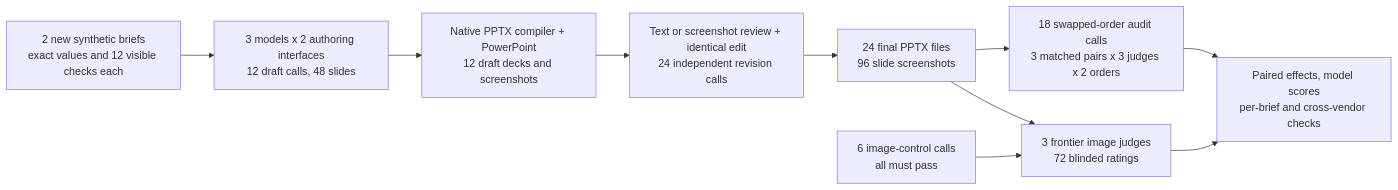
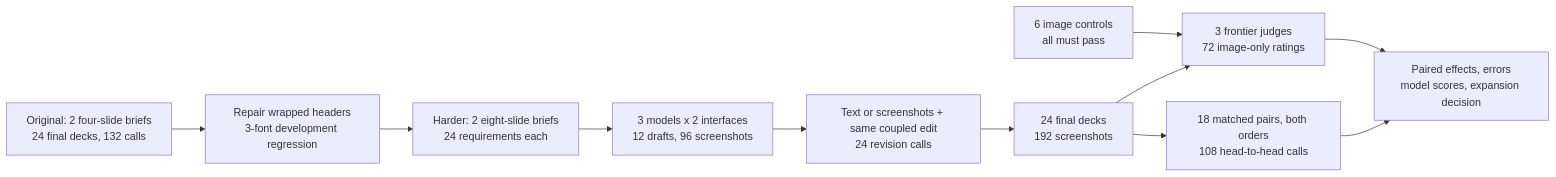
The diagram in notebooks/19-powerpoint-harness/README.md (k-sandhu/experiment-notebooks), drawn with Mermaid before and after one commit. The commit also changed other lines of this file and 463 other files, not shown here.

Commit message:
Run harder PowerPoint pilot with blinded paired comparisons

````diff
--- a/notebooks/19-powerpoint-harness/README.md
+++ b/notebooks/19-powerpoint-harness/README.md
@@ -48,12 +92,13 @@
 ```mermaid
 flowchart LR
-    data["2 new synthetic briefs<br/>exact values and 12 visible checks each"] --> draft["3 models x 2 authoring interfaces<br/>12 draft calls, 48 slides"]
-    draft --> render["Native PPTX compiler + PowerPoint<br/>12 draft decks and screenshots"]
-    render --> revise["Text or screenshot review + identical edit<br/>24 independent revision calls"]
-    revise --> final["24 final PPTX files<br/>96 slide screenshots"]
-    final --> judges["3 frontier image judges<br/>72 blinded ratings"]
-    judges --> results["Paired effects, model scores<br/>per-brief and cross-vendor checks"]
-    control["6 image-control calls<br/>all must pass"] --> judges
-    final --> audit["18 swapped-order audit calls<br/>3 matched pairs x 3 judges x 2 orders"]
-    audit --> results
+    old["Original: 2 four-slide briefs<br/>24 final decks, 132 calls"] --> fix["Repair wrapped headers<br/>3-font development regression"]
+    fix --> data["Harder: 2 eight-slide briefs<br/>24 requirements each"]
+    data --> draft["3 models x 2 interfaces<br/>12 drafts, 96 screenshots"]
+    draft --> edit["Text or screenshots + same coupled edit<br/>24 revision calls"]
+    edit --> final["24 final decks<br/>192 screenshots"]
+    controls["6 image controls<br/>all must pass"] --> judges
+    final --> judges["3 frontier judges<br/>72 image-only ratings"]
+    final --> audit["18 matched pairs, both orders<br/>108 head-to-head calls"]
+    judges --> result["Paired effects, errors<br/>model scores, expansion decision"]
+    audit --> result
 ```
````
